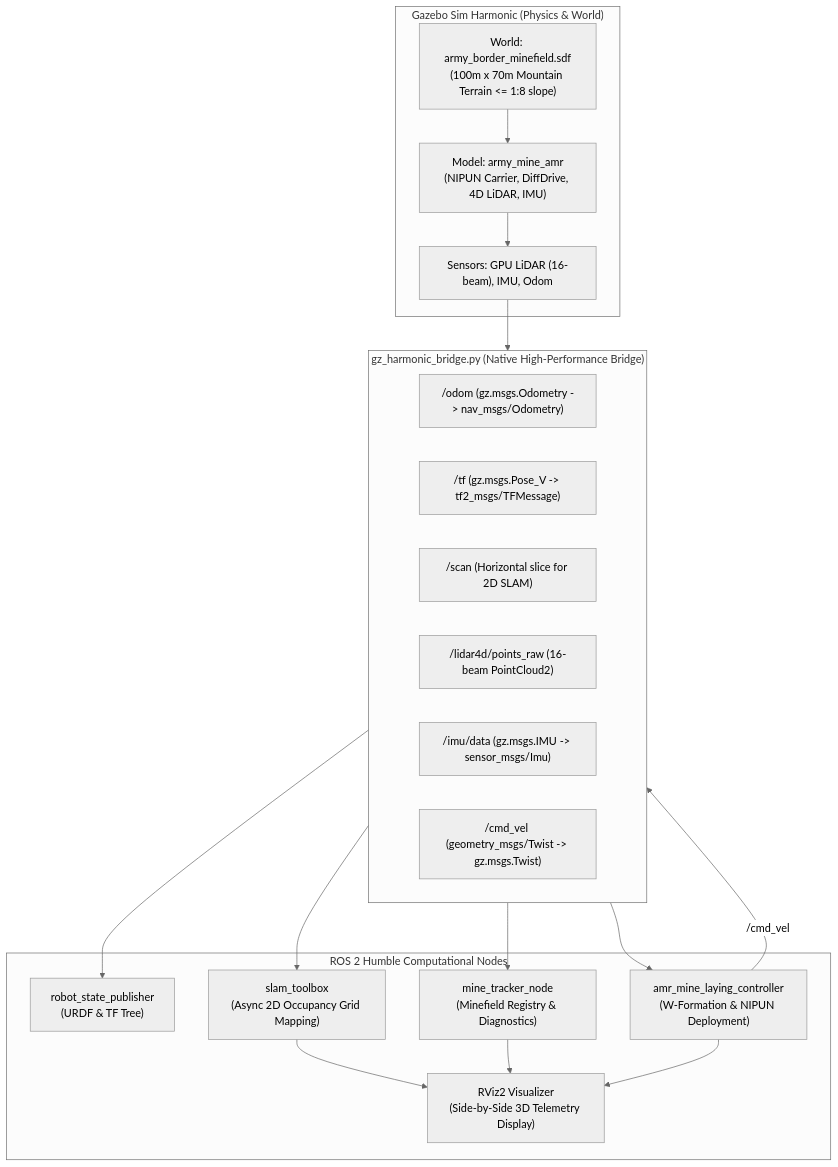
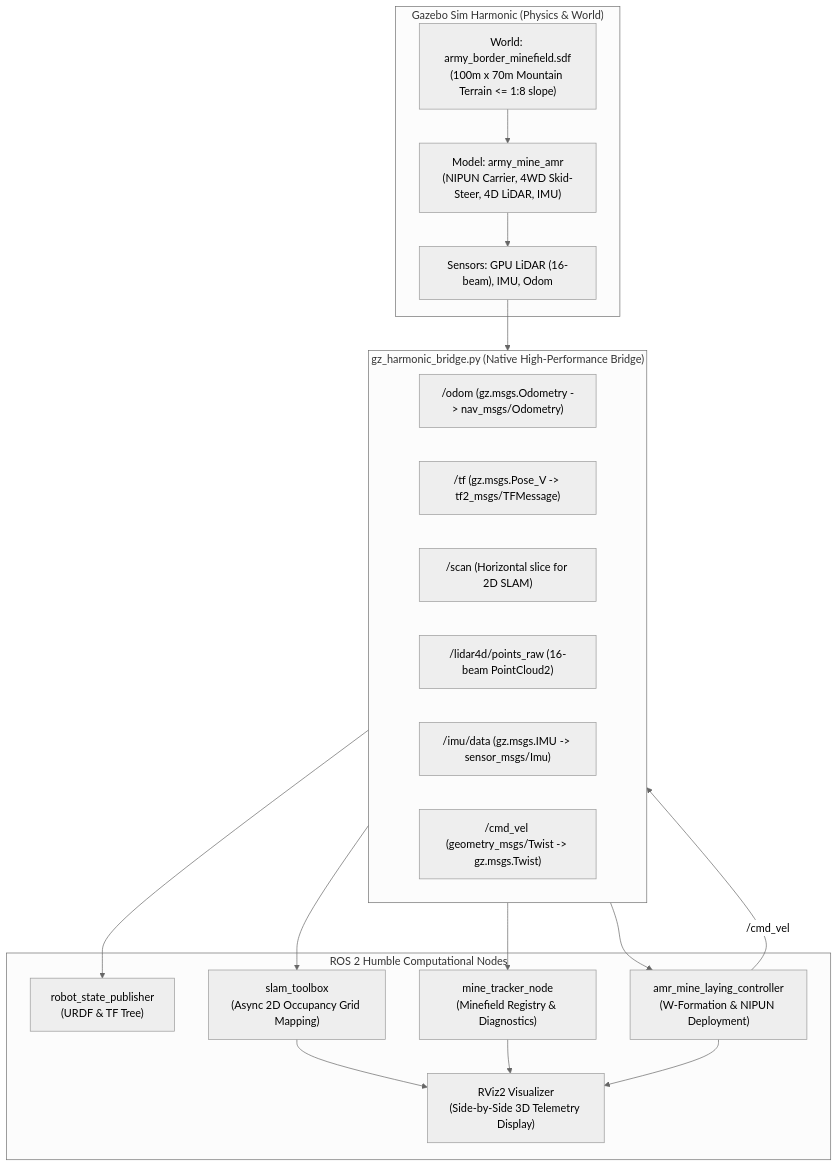
Before and after one commit to namanharshwal/Miner_Detonator_Bot: the diagram in README.md, drawn with Mermaid (neutral theme). The commit also changed other lines of this file and 4 other files, not shown here.

Commit message:
docs: update visualization screenshots in README with 4-wheel AMR, procedural sky, and full army camp

````diff
--- a/README.md
+++ b/README.md
@@ -56,37 +56,37 @@
 ```mermaid
 flowchart TD
     subgraph GAZEBO["Gazebo Sim Harmonic (Physics & World)"]
         GZ_WORLD["World: army_border_minefield.sdf\n(100m x 70m Mountain Terrain <= 1:8 slope)"]
-        GZ_ROBOT["Model: army_mine_amr\n(NIPUN Carrier, DiffDrive, 4D LiDAR, IMU)"]
+        GZ_ROBOT["Model: army_mine_amr\n(NIPUN Carrier, 4WD Skid-Steer, 4D LiDAR, IMU)"]
         GZ_SENSORS["Sensors: GPU LiDAR (16-beam), IMU, Odom"]
         GZ_WORLD --> GZ_ROBOT
         GZ_ROBOT --> GZ_SENSORS
     end
 
     subgraph BRIDGE["gz_harmonic_bridge.py (Native High-Performance Bridge)"]
         BR_ODOM["/odom (gz.msgs.Odometry -> nav_msgs/Odometry)"]
         BR_TF["/tf (gz.msgs.Pose_V -> tf2_msgs/TFMessage)"]
         BR_SCAN["/scan (Horizontal slice for 2D SLAM)"]
         BR_PC["/lidar4d/points_raw (16-beam PointCloud2)"]
         BR_IMU["/imu/data (gz.msgs.IMU -> sensor_msgs/Imu)"]
         BR_CMD["/cmd_vel (geometry_msgs/Twist -> gz.msgs.Twist)"]
     end
 
     subgraph ROS2["ROS 2 Humble Computational Nodes"]
         RSP["robot_state_publisher\n(URDF & TF Tree)"]
         SLAM["slam_toolbox\n(Async 2D Occupancy Grid Mapping)"]
         TRACKER["mine_tracker_node\n(Minefield Registry & Diagnostics)"]
         CONTROLLER["amr_mine_laying_controller\n(W-Formation & NIPUN Deployment)"]
         RVIZ["RViz2 Visualizer\n(Side-by-Side 3D Telemetry Display)"]
     end
 
     GZ_SENSORS --> BRIDGE
     BRIDGE --> RSP
     BRIDGE --> SLAM
     BRIDGE --> TRACKER
     BRIDGE --> CONTROLLER
     CONTROLLER -->|/cmd_vel| BRIDGE
     SLAM --> RVIZ
     TRACKER --> RVIZ
     CONTROLLER --> RVIZ
 ```
````
